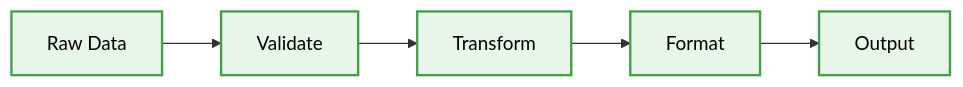
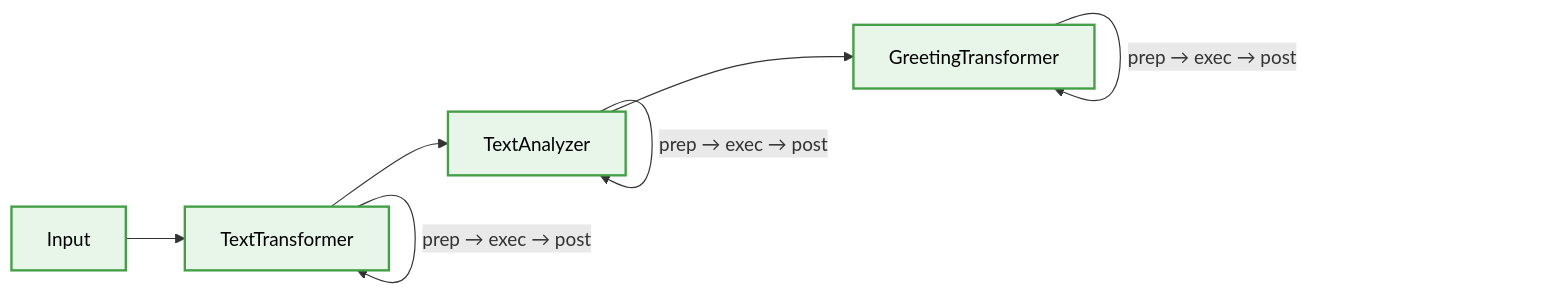
One commit to aitoroses/floxide changed the third of 9 diagrams in README.md. Above: the diagram before and after it, drawn with Mermaid. The commit also changed other lines of this file and 11 other files, not shown here.

````diff
--- a/README.md
+++ b/README.md
@@ -206,9 +190,13 @@
 ```mermaid
 graph LR
-    A["Raw Data"] --> B["Validate"] --> C["Transform"] --> D["Format"] --> E["Output"]
+    A["Input"] --> B["TextTransformer"]
+    B --> C["TextAnalyzer"]
+    C --> D["GreetingTransformer"]
+    B -->|"prep → exec → post"| B
+    C -->|"prep → exec → post"| C
+    D -->|"prep → exec → post"| D
     style A fill:#e8f5e9,stroke:#43a047,stroke-width:2px,color:black
     style B fill:#e8f5e9,stroke:#43a047,stroke-width:2px,color:black
     style C fill:#e8f5e9,stroke:#43a047,stroke-width:2px,color:black
     style D fill:#e8f5e9,stroke:#43a047,stroke-width:2px,color:black
-    style E fill:#e8f5e9,stroke:#43a047,stroke-width:2px,color:black
 ```
````
